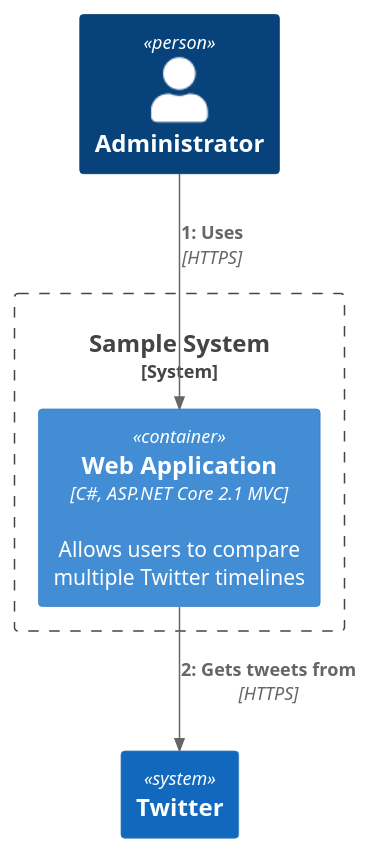
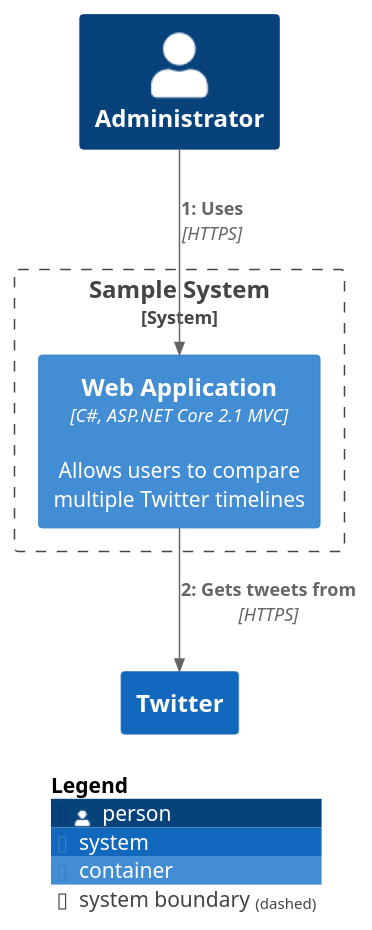
One commit to Konstantin-Dudersky/dataclass_to_diagram changed the diagram in examples/dia_dist/c4/example2.c4.puml. Above: the diagram before and after it, drawn with PlantUML. The commit also changed 6 other files, not shown here.

Commit message:
c4 show_legend

```diff
--- a/examples/dia_dist/c4/example2.c4.puml
+++ b/examples/dia_dist/c4/example2.c4.puml
@@ -1,10 +1,11 @@
 @startuml
 !include C4_Dynamic.puml
-Person($alias=139974568397008, $label="Administrator")
-System_Boundary($alias=139974568406864, $label="Sample System") {
-    Container($alias=139974568405776, $label="Web Application", $descr="Allows users to compare multiple Twitter timelines", $techn="C#, ASP.NET Core 2.1 MVC")
+Person($alias=139972264885456, $label="Administrator")
+System_Boundary($alias=139972264879888, $label="Sample System") {
+    Container($alias=139972264883344, $label="Web Application", $descr="Allows users to compare multiple Twitter timelines", $techn="C#, ASP.NET Core 2.1 MVC")
 }
-System($alias=139974568409872, $label="Twitter")
-Rel($from=139974568397008, $to=139974568405776, $label="Uses", $techn="HTTPS")
-Rel($from=139974568405776, $to=139974568409872, $label="Gets tweets from", $techn="HTTPS")
+System($alias=139972264879056, $label="Twitter")
+Rel($from=139972264885456, $to=139972264883344, $label="Uses", $techn="HTTPS")
+Rel($from=139972264883344, $to=139972264879056, $label="Gets tweets from", $techn="HTTPS")
+SHOW_LEGEND()
 @enduml
```
